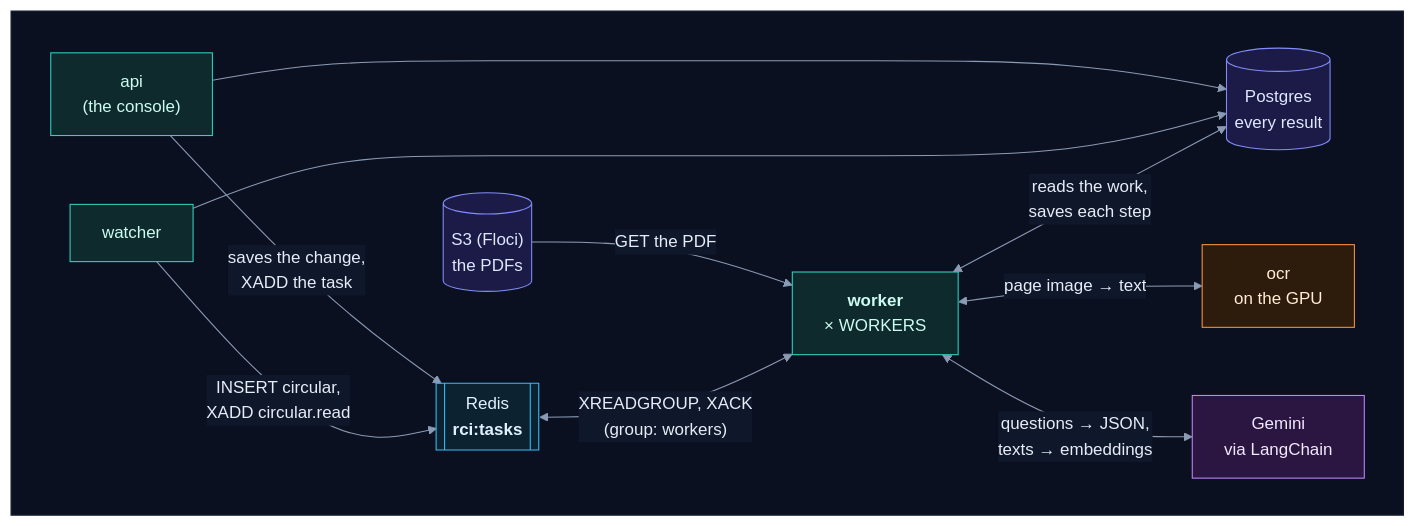
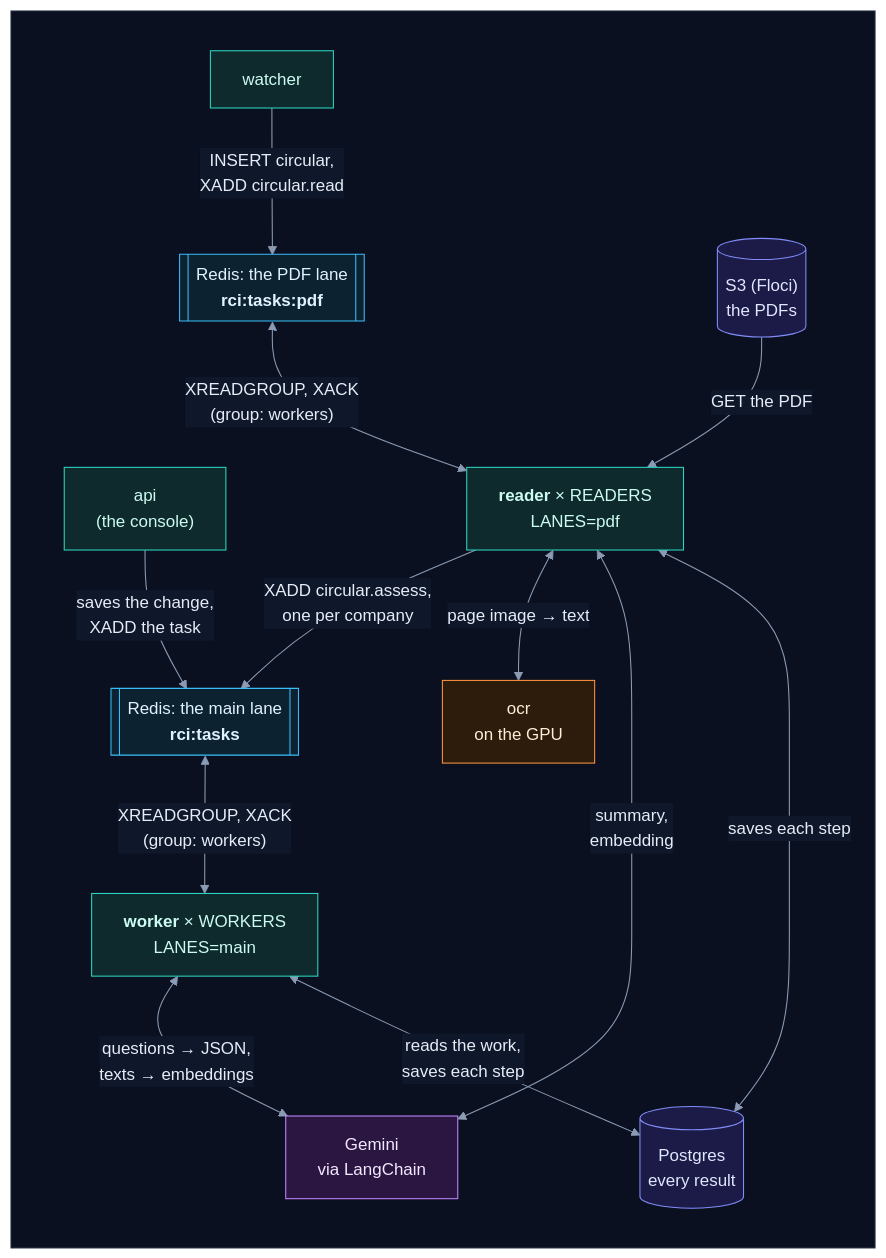
One commit to selvakumarperumal/Regulatory_Circular_Impact_Agent changed the first of 45 diagrams in backend/worker/INTERNALS.md. Above: the diagram before and after it, drawn with Mermaid. The commit also changed other lines of this file and 7 other files, not shown here.

Commit message:
Document the PDF lane and the main lane

````diff
--- a/backend/worker/INTERNALS.md
+++ b/backend/worker/INTERNALS.md
@@ -53,32 +59,34 @@
 ```mermaid
 %%{init: {"theme": "base", "flowchart": {"diagramPadding": 0}, "themeVariables": {"darkMode": true, "primaryColor": "#16213a", "primaryTextColor": "#e6edf7", "primaryBorderColor": "#475a7a", "lineColor": "#8b9bb4", "secondaryColor": "#1b2436", "tertiaryColor": "#101a2e", "edgeLabelBackground": "#0f172a", "textColor": "#e2e8f0", "clusterBkg": "#0f1728", "clusterBorder": "#2b3a55", "titleColor": "#c4b5fd", "nodeTextColor": "#e6edf7"}}}%%
-flowchart LR
+flowchart TD
     subgraph canvas[" "]
-        direction LR
-        watcher["watcher"] -->|"INSERT circular,<br/>XADD circular.read"| Q[["Redis<br/><b>rci:tasks</b>"]]
-        api["api<br/>(the console)"] -->|"saves the change,<br/>XADD the task"| Q
-        Q <-->|"XREADGROUP, XACK<br/>(group: workers)"| K["<b>worker</b><br/>× WORKERS"]
-        K <-->|"reads the work,<br/>saves each step"| PG[("Postgres<br/>every result")]
-        watcher --> PG
-        api --> PG
-        S3[("S3 (Floci)<br/>the PDFs")] -->|"GET the PDF"| K
-        K <-->|"page image → text"| O["ocr<br/>on the GPU"]
-        K <-->|"questions → JSON,<br/>texts → embeddings"| G["Gemini<br/>via LangChain"]
+        direction TB
+        watcher["watcher"] -->|"INSERT circular,<br/>XADD circular.read"| P[["Redis: the PDF lane<br/><b>rci:tasks:pdf</b>"]]
+        api["api<br/>(the console)"] -->|"saves the change,<br/>XADD the task"| Q[["Redis: the main lane<br/><b>rci:tasks</b>"]]
+        P <-->|"XREADGROUP, XACK<br/>(group: workers)"| R["<b>reader</b> × READERS<br/>LANES=pdf"]
+        Q <-->|"XREADGROUP, XACK<br/>(group: workers)"| K["<b>worker</b> × WORKERS<br/>LANES=main"]
+        R -->|"XADD circular.assess,<br/>one per company"| Q
+        S3[("S3 (Floci)<br/>the PDFs")] -->|"GET the PDF"| R
+        R <-->|"page image → text"| O["ocr<br/>on the GPU"]
+        R <-->|"summary,<br/>embedding"| G["Gemini<br/>via LangChain"]
+        K <-->|"questions → JSON,<br/>texts → embeddings"| G
+        R <-->|"saves each step"| PG[("Postgres<br/>every result")]
+        K <-->|"reads the work,<br/>saves each step"| PG
     end
     classDef svc fill:#0e2a2c,stroke:#2dd4bf,color:#ccfbf1
     classDef data fill:#1c1a47,stroke:#818cf8,color:#e0e7ff
     classDef ext fill:#2a1640,stroke:#c084fc,color:#f3e8ff
     classDef gpu fill:#2d1b0c,stroke:#fb923c,color:#ffedd5
     classDef ask fill:#2a2410,stroke:#fbbf24,color:#fef3c7
     classDef ok fill:#0b2a1c,stroke:#34d399,color:#d1fae5
     classDef bad fill:#2e0f17,stroke:#fb7185,color:#ffe4e6
     classDef start fill:#1c2a0e,stroke:#a7ef6f,color:#ecfccb
     classDef muted fill:#1a2130,stroke:#64748b,color:#cbd5e1
     classDef queue fill:#0c2231,stroke:#38bdf8,color:#e0f2fe
-    class watcher,api,K svc
-    class Q queue
+    class watcher,api,R,K svc
+    class P,Q queue
     class PG,S3 data
     class O gpu
     class G ext
     style canvas fill:#0b1020,stroke:#1e293b,color:#0b1020
 ```
````
